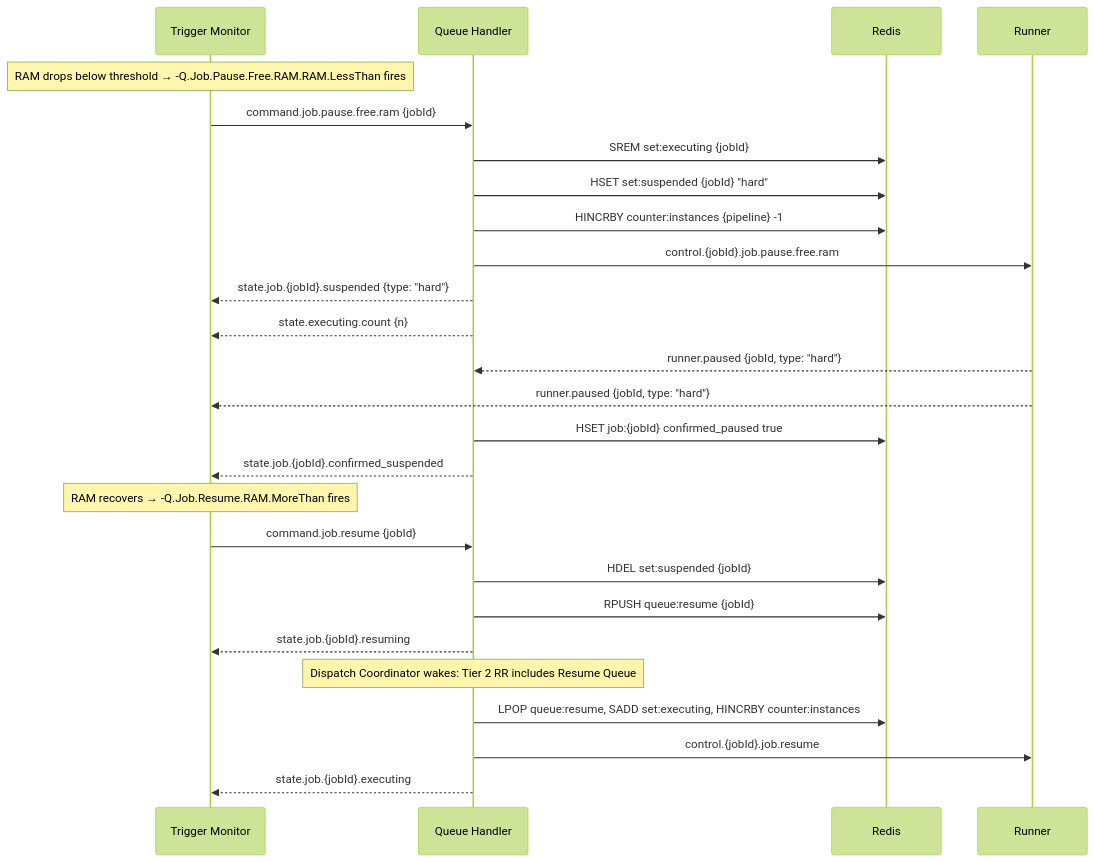
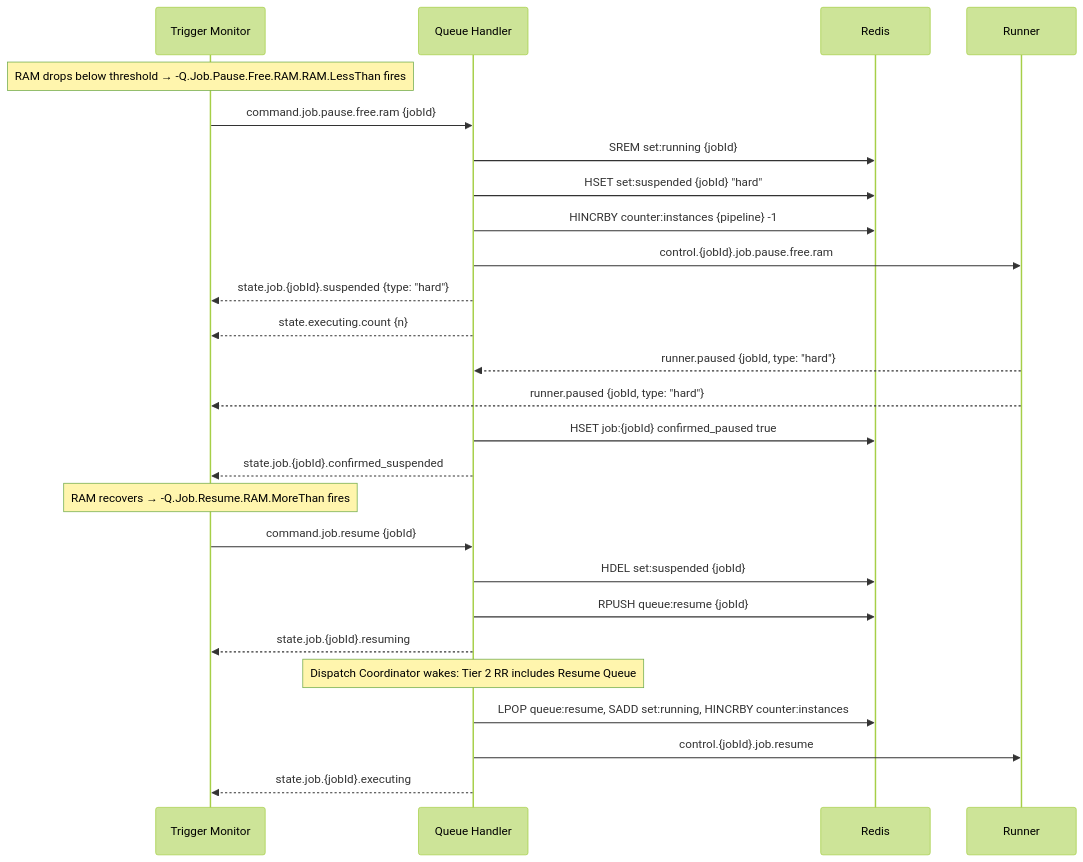
One commit to hasan-alj88/Polyglot changed the fifth of 5 diagrams in docs/technical/plan/queue-manager/sequence-diagrams.md. Above: the diagram before and after it, drawn with Mermaid (forest theme). The commit also changed other lines of this file and 92 other files, not shown here.

````diff
--- a/docs/technical/plan/queue-manager/sequence-diagrams.md
+++ b/docs/technical/plan/queue-manager/sequence-diagrams.md
@@ -165,32 +165,32 @@
 ```mermaid
 sequenceDiagram
     participant TM as Trigger Monitor
     participant QH as Queue Handler
     participant Redis
     participant Runner
 
     Note over TM: RAM drops below threshold → -Q.Job.Pause.Free.RAM.RAM.LessThan fires
     TM->>QH: command.job.pause.free.ram {jobId}
-    QH->>Redis: SREM set:executing {jobId}
+    QH->>Redis: SREM set:running {jobId}
     QH->>Redis: HSET set:suspended {jobId} "hard"
     QH->>Redis: HINCRBY counter:instances {pipeline} -1
     QH->>Runner: control.{jobId}.job.pause.free.ram
     QH-->>TM: state.job.{jobId}.suspended {type: "hard"}
     QH-->>TM: state.executing.count {n}
 
     Runner-->>QH: runner.paused {jobId, type: "hard"}
     Runner-->>TM: runner.paused {jobId, type: "hard"}
     QH->>Redis: HSET job:{jobId} confirmed_paused true
     QH-->>TM: state.job.{jobId}.confirmed_suspended
 
     Note over TM: RAM recovers → -Q.Job.Resume.RAM.MoreThan fires
     TM->>QH: command.job.resume {jobId}
     QH->>Redis: HDEL set:suspended {jobId}
     QH->>Redis: RPUSH queue:resume {jobId}
     QH-->>TM: state.job.{jobId}.resuming
 
     Note over QH: Dispatch Coordinator wakes: Tier 2 RR includes Resume Queue
-    QH->>Redis: LPOP queue:resume, SADD set:executing, HINCRBY counter:instances
+    QH->>Redis: LPOP queue:resume, SADD set:running, HINCRBY counter:instances
     QH->>Runner: control.{jobId}.job.resume
     QH-->>TM: state.job.{jobId}.executing
 ```
````
